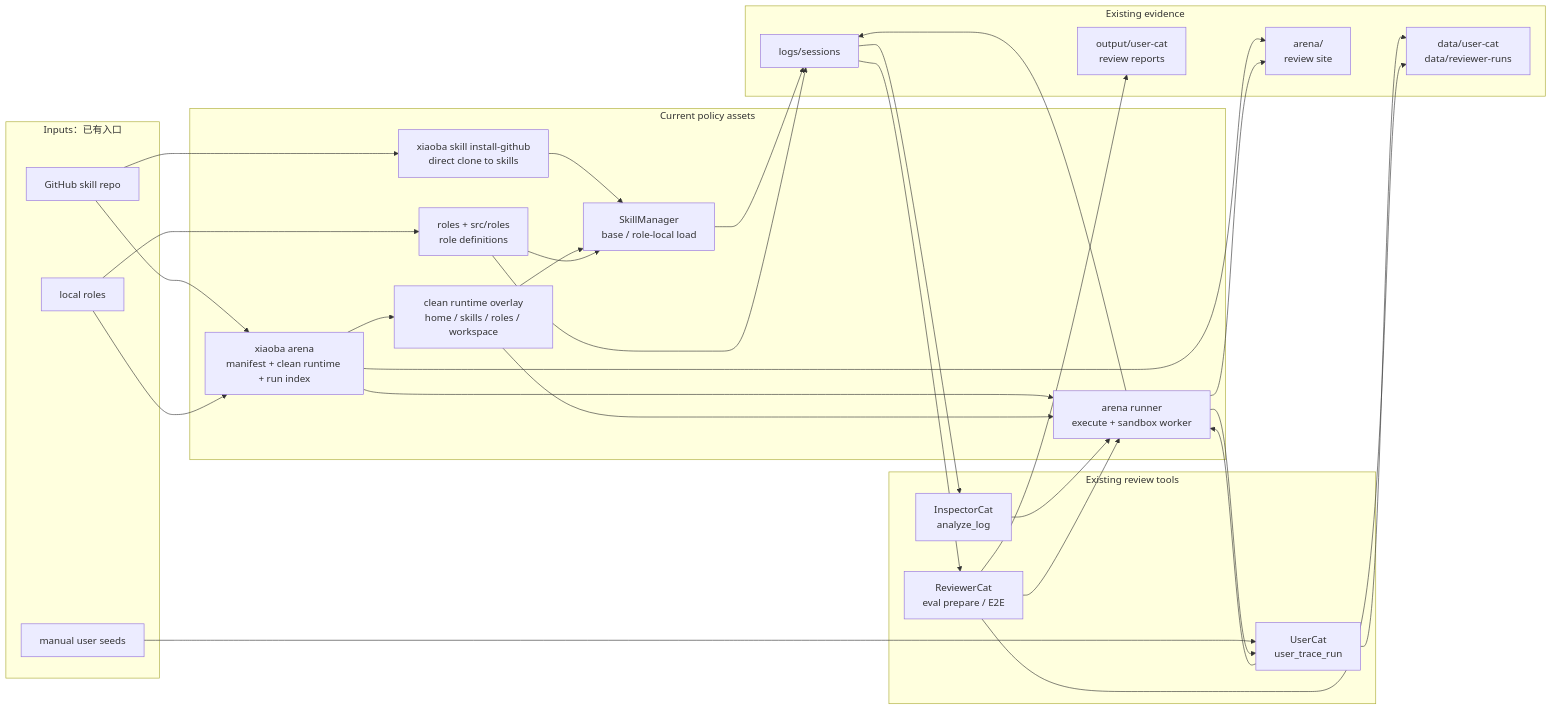
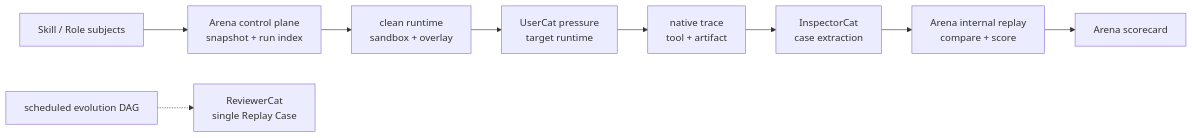
Before and after one commit to fightheyyy/XiaoBa-CLI: the first of 2 diagrams in docs/arena/SPEC.md, drawn with Mermaid. The commit also changed other lines of this file and 103 other files, not shown here.

````diff
--- a/docs/arena/SPEC.md
+++ b/docs/arena/SPEC.md
@@ -98,56 +99,12 @@
 ```mermaid
 flowchart LR
-    subgraph Inputs["Inputs：已有入口"]
-        GitHub["GitHub skill repo"]
-        LocalRole["local roles"]
-        ManualSeeds["manual user seeds"]
-    end
+    Subjects["Skill / Role subjects"] --> Control["Arena control plane<br/>snapshot + run index"]
+    Control --> Clean["clean runtime<br/>sandbox + overlay"]
+    Clean --> Pressure["UserCat pressure<br/>target runtime"]
+    Pressure --> Evidence["native trace<br/>tool + artifact"]
+    Evidence --> Inspect["InspectorCat<br/>case extraction"]
+    Inspect --> Replay["Arena internal replay<br/>compare + score"]
+    Replay --> Score["Arena scorecard"]
 
-    subgraph CurrentPolicy["Current policy assets"]
-        InstallCmd["xiaoba skill install-github<br/>direct clone to skills"]
-        ArenaCtl["xiaoba arena<br/>manifest + clean runtime + run index"]
-        ArenaRunner["arena runner<br/>execute + sandbox worker"]
-        CleanRuntime["clean runtime overlay<br/>home / skills / roles / workspace"]
-        SkillManager["SkillManager<br/>base / role-local load"]
-        RoleDefs["roles + src/roles<br/>role definitions"]
-    end
-
-    subgraph ExistingReviewTools["Existing review tools"]
-        UserCat["UserCat<br/>user_trace_run"]
-        Inspector["InspectorCat<br/>analyze_log"]
-        Reviewer["ReviewerCat<br/>eval prepare / E2E"]
-    end
-
-    subgraph Evidence["Existing evidence"]
-        ArenaSite["arena/<br/>review site"]
-        Logs["logs/sessions"]
-        Data["data/user-cat<br/>data/reviewer-runs"]
-        Output["output/user-cat<br/>review reports"]
-    end
-
-    GitHub --> InstallCmd
-    GitHub --> ArenaCtl
-    LocalRole --> ArenaCtl
-    InstallCmd --> SkillManager
-    LocalRole --> RoleDefs
-    ArenaCtl --> ArenaSite
-    ArenaCtl --> CleanRuntime
-    ArenaCtl --> ArenaRunner
-    CleanRuntime --> ArenaRunner
-    CleanRuntime --> SkillManager
-    RoleDefs --> SkillManager
-    ManualSeeds --> UserCat
-    SkillManager --> Logs
-    RoleDefs --> Logs
-    UserCat --> ArenaRunner
-    ArenaRunner --> UserCat
-    ArenaRunner --> Logs
-    UserCat --> Data
-    Logs --> Inspector
-    Logs --> Reviewer
-    Inspector --> ArenaRunner
-    Reviewer --> ArenaRunner
-    ArenaRunner --> ArenaSite
-    Reviewer --> Data
-    Reviewer --> Output
+    Dag["scheduled evolution DAG"] -.-> Reviewer["ReviewerCat<br/>single Replay Case"]
 ```
````
